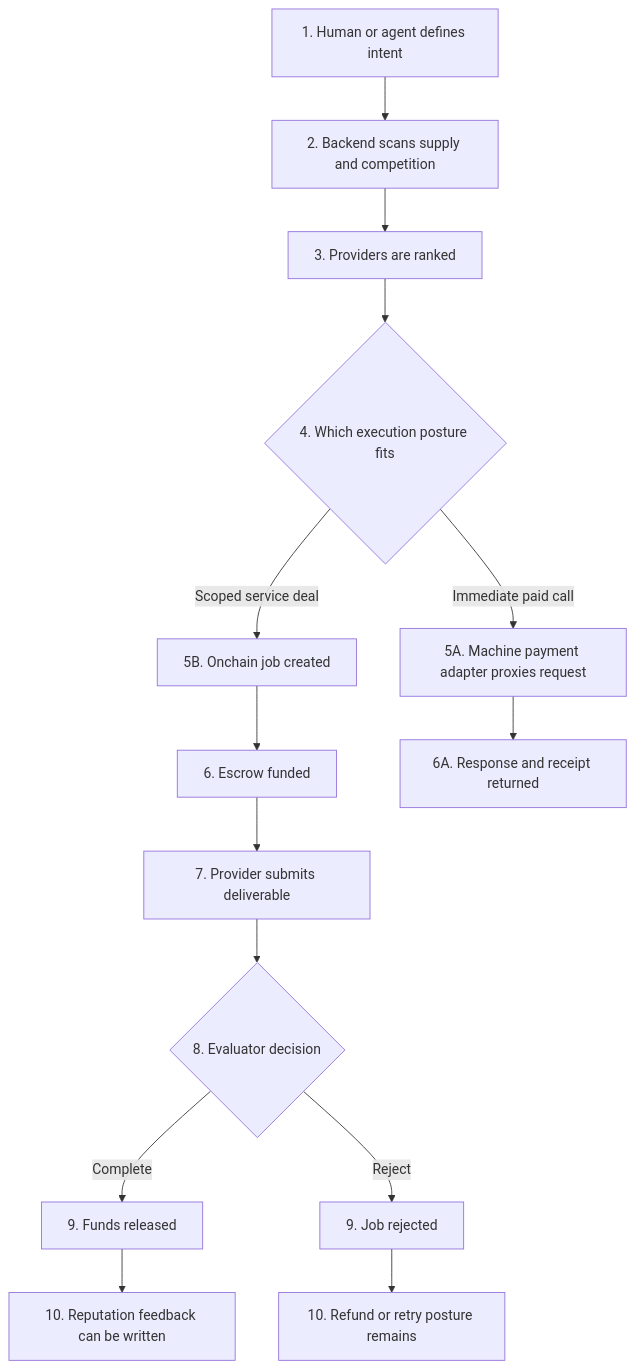
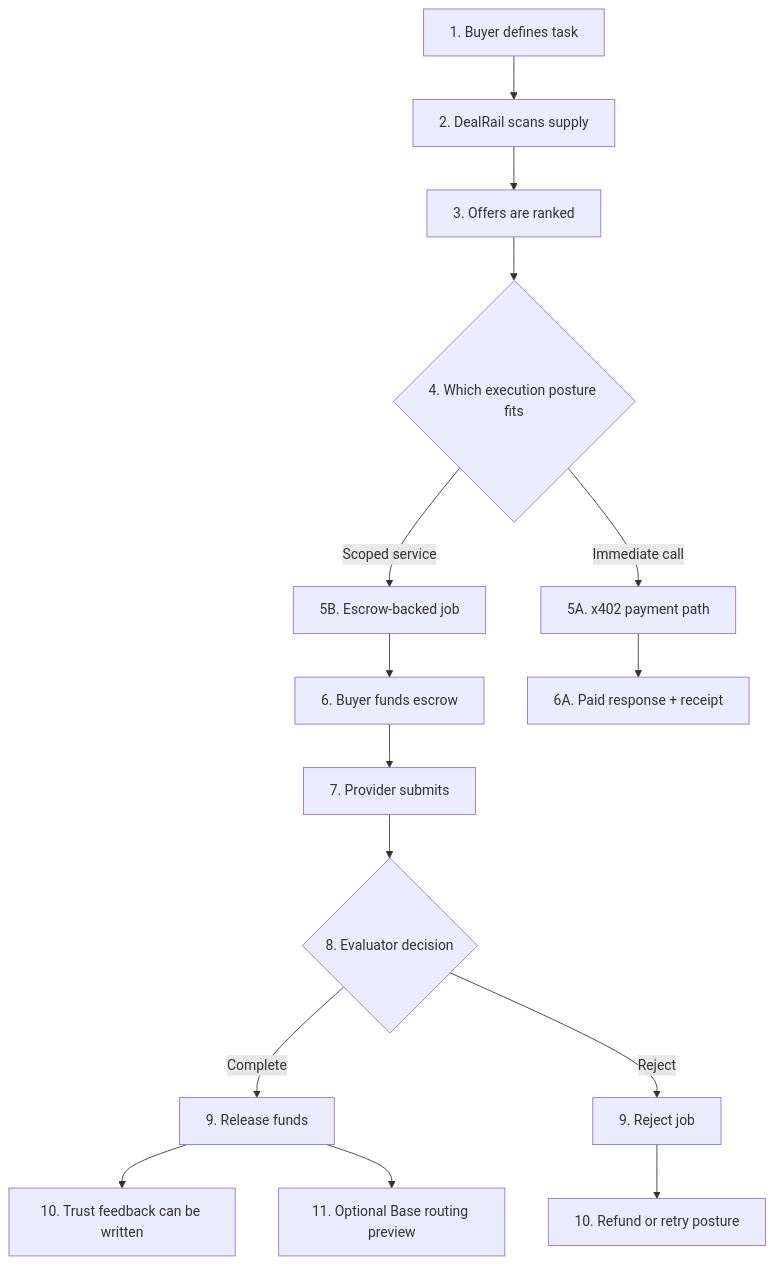
Before and after one commit to Kairen-Protocol/kairen-dealrail: the second of 4 diagrams in docs/submission/06_VISUAL_ARCHITECTURE.md, drawn with Mermaid. The commit also changed other lines of this file and 4 other files, not shown here.

````diff
--- a/docs/submission/06_VISUAL_ARCHITECTURE.md
+++ b/docs/submission/06_VISUAL_ARCHITECTURE.md
@@ -85,16 +71,17 @@
 ```mermaid
 flowchart TD
-  A[1. Human or agent defines intent] --> B[2. Backend scans supply and competition]
-  B --> C[3. Providers are ranked]
+  A[1. Buyer defines task] --> B[2. DealRail scans supply]
+  B --> C[3. Offers are ranked]
   C --> D{4. Which execution posture fits}
-  D -->|Immediate paid call| E[5A. Machine payment adapter proxies request]
-  D -->|Scoped service deal| F[5B. Onchain job created]
-  F --> G[6. Escrow funded]
-  G --> H[7. Provider submits deliverable]
+  D -->|Immediate call| E[5A. x402 payment path]
+  D -->|Scoped service| F[5B. Escrow-backed job]
+  F --> G[6. Buyer funds escrow]
+  G --> H[7. Provider submits]
   H --> I{8. Evaluator decision}
-  I -->|Complete| J[9. Funds released]
-  I -->|Reject| K[9. Job rejected]
-  J --> L[10. Reputation feedback can be written]
-  K --> M[10. Refund or retry posture remains]
-  E --> N[6A. Response and receipt returned]
+  I -->|Complete| J[9. Release funds]
+  I -->|Reject| K[9. Reject job]
+  J --> L[10. Trust feedback can be written]
+  K --> M[10. Refund or retry posture]
+  J --> N[11. Optional Base routing preview]
+  E --> O[6A. Paid response + receipt]
 ```
````
